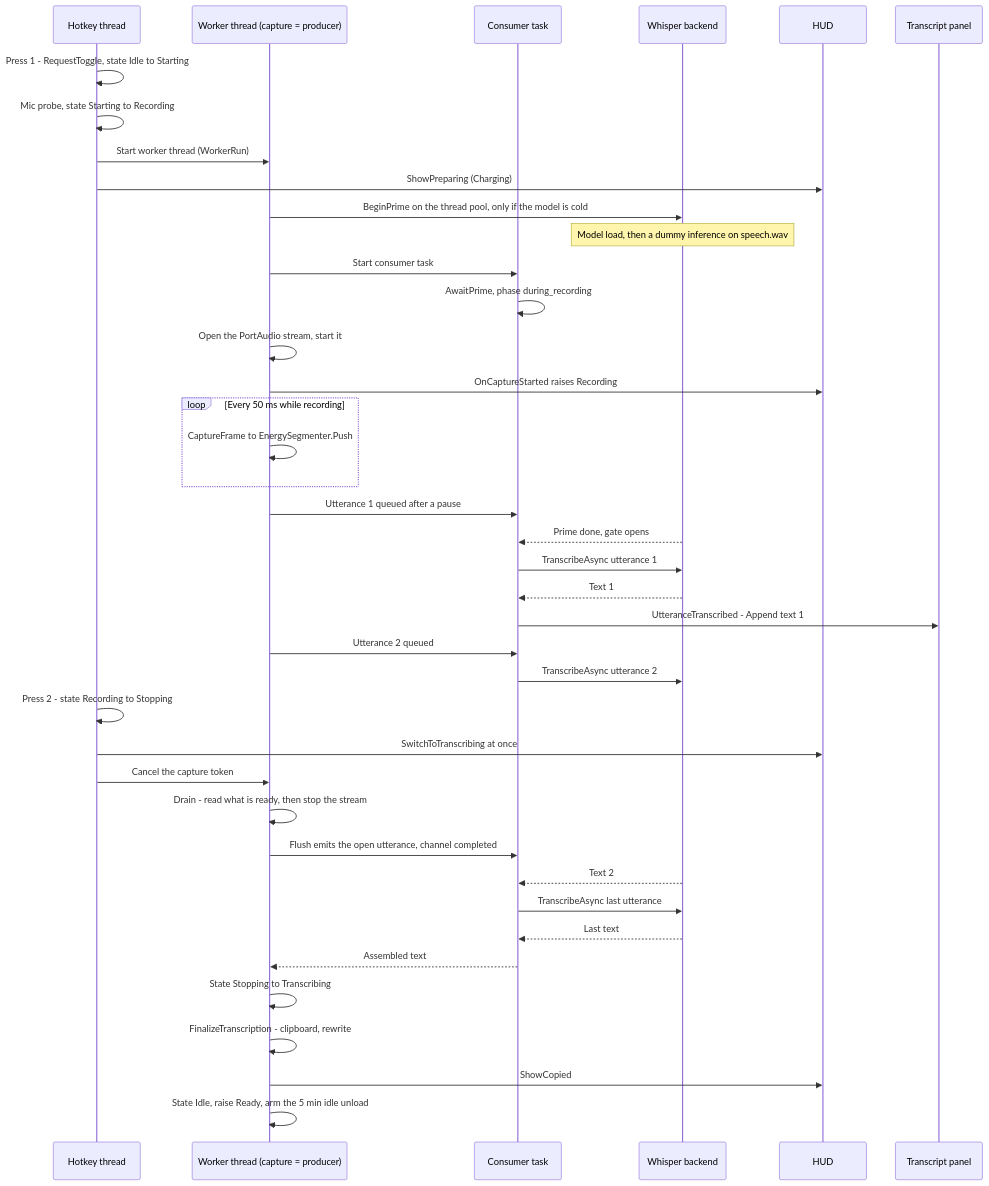
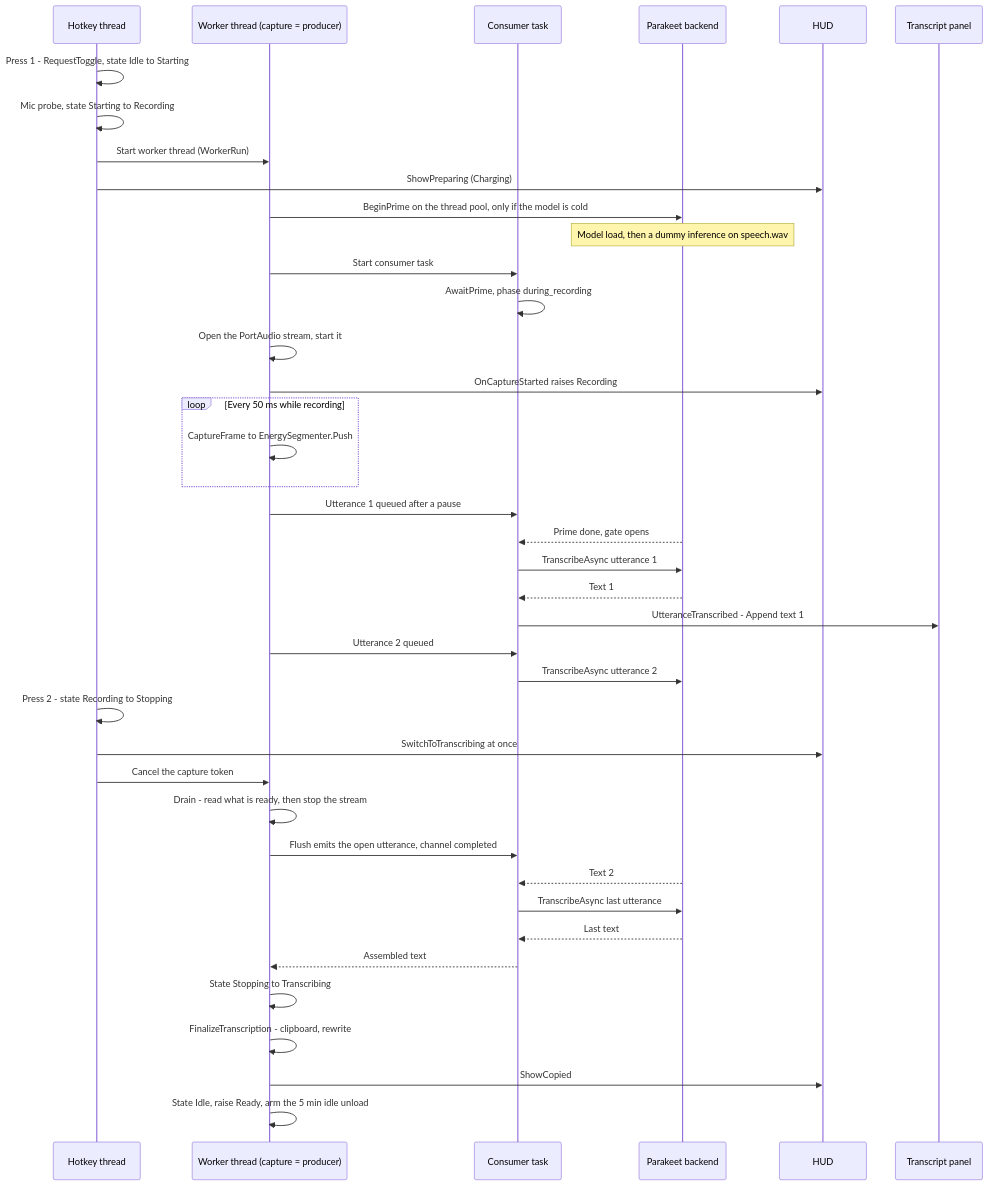
The second of 3 diagrams in docs/transcription-audio-chain.md (louisfifre/deckle), drawn with Mermaid before and after one commit. The commit also changed other lines of this file and 25 other files, not shown here.

First line of the commit message:
chore(scripts): drop the whisper.cpp tooling and describe Parakeet as the only engine

````diff
--- a/docs/transcription-audio-chain.md
+++ b/docs/transcription-audio-chain.md
@@ -125,43 +125,43 @@
 ```mermaid
 sequenceDiagram
     participant HK as Hotkey thread
     participant W as Worker thread (capture = producer)
     participant C as Consumer task
-    participant WB as Whisper backend
+    participant WB as Parakeet backend
     participant HUD as HUD
     participant P as Transcript panel
 
     HK->>HK: Press 1 - RequestToggle, state Idle to Starting
     HK->>HK: Mic probe, state Starting to Recording
     HK->>W: Start worker thread (WorkerRun)
     HK->>HUD: ShowPreparing (Charging)
     W->>WB: BeginPrime on the thread pool, only if the model is cold
     Note over WB: Model load, then a dummy inference on speech.wav
     W->>C: Start consumer task
     C->>C: AwaitPrime, phase during_recording
     W->>W: Open the PortAudio stream, start it
     W->>HUD: OnCaptureStarted raises Recording
     loop Every 50 ms while recording
         W->>W: CaptureFrame to EnergySegmenter.Push
     end
     W->>C: Utterance 1 queued after a pause
     WB-->>C: Prime done, gate opens
     C->>WB: TranscribeAsync utterance 1
     WB-->>C: Text 1
     C->>P: UtteranceTranscribed - Append text 1
     W->>C: Utterance 2 queued
     C->>WB: TranscribeAsync utterance 2
     HK->>HK: Press 2 - state Recording to Stopping
     HK->>HUD: SwitchToTranscribing at once
     HK->>W: Cancel the capture token
     W->>W: Drain - read what is ready, then stop the stream
     W->>C: Flush emits the open utterance, channel completed
     WB-->>C: Text 2
     C->>WB: TranscribeAsync last utterance
     WB-->>C: Last text
     C-->>W: Assembled text
     W->>W: State Stopping to Transcribing
     W->>W: FinalizeTranscription - clipboard, rewrite
     W->>HUD: ShowCopied
     W->>W: State Idle, raise Ready, arm the 5 min idle unload
 ```
````
